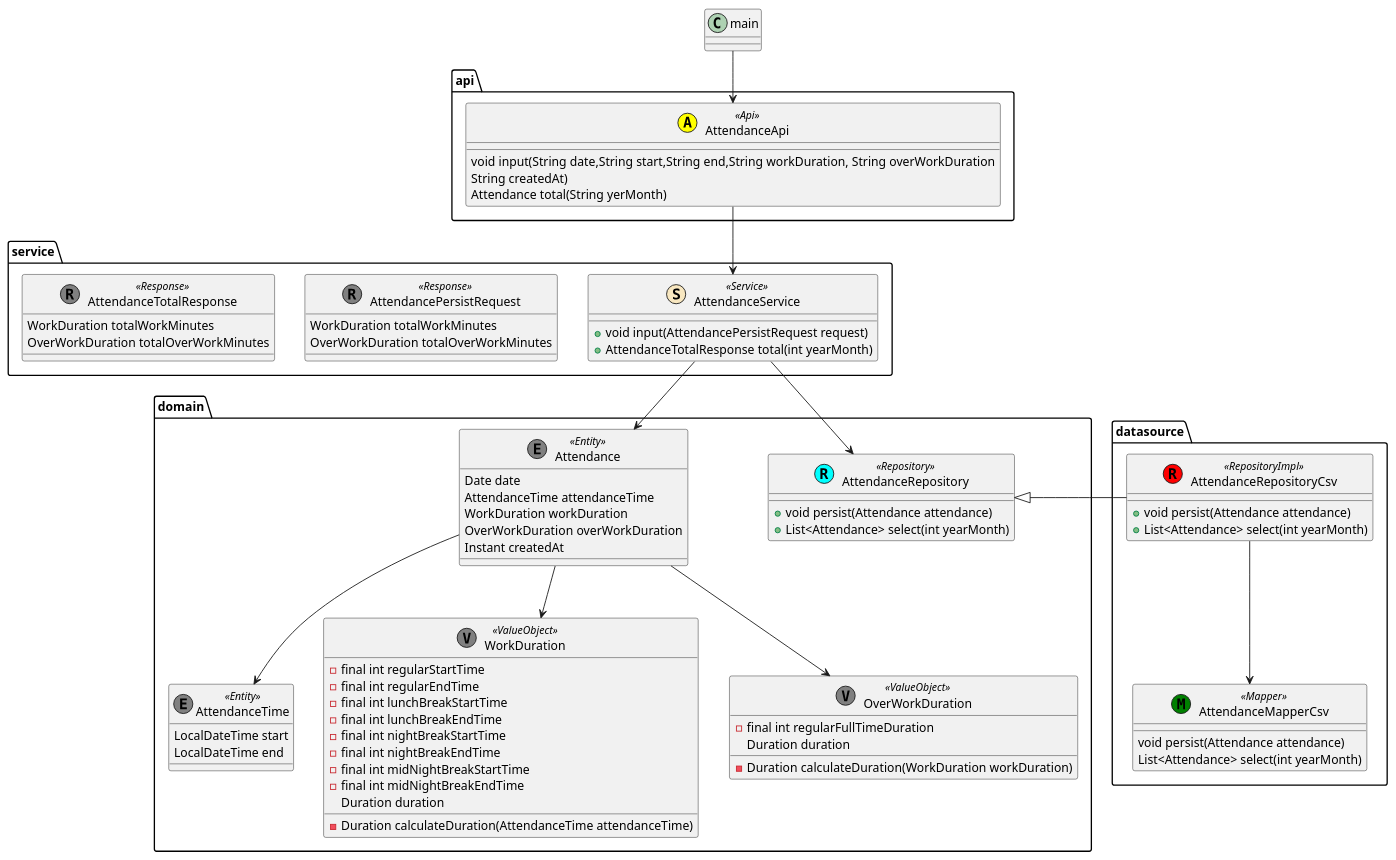
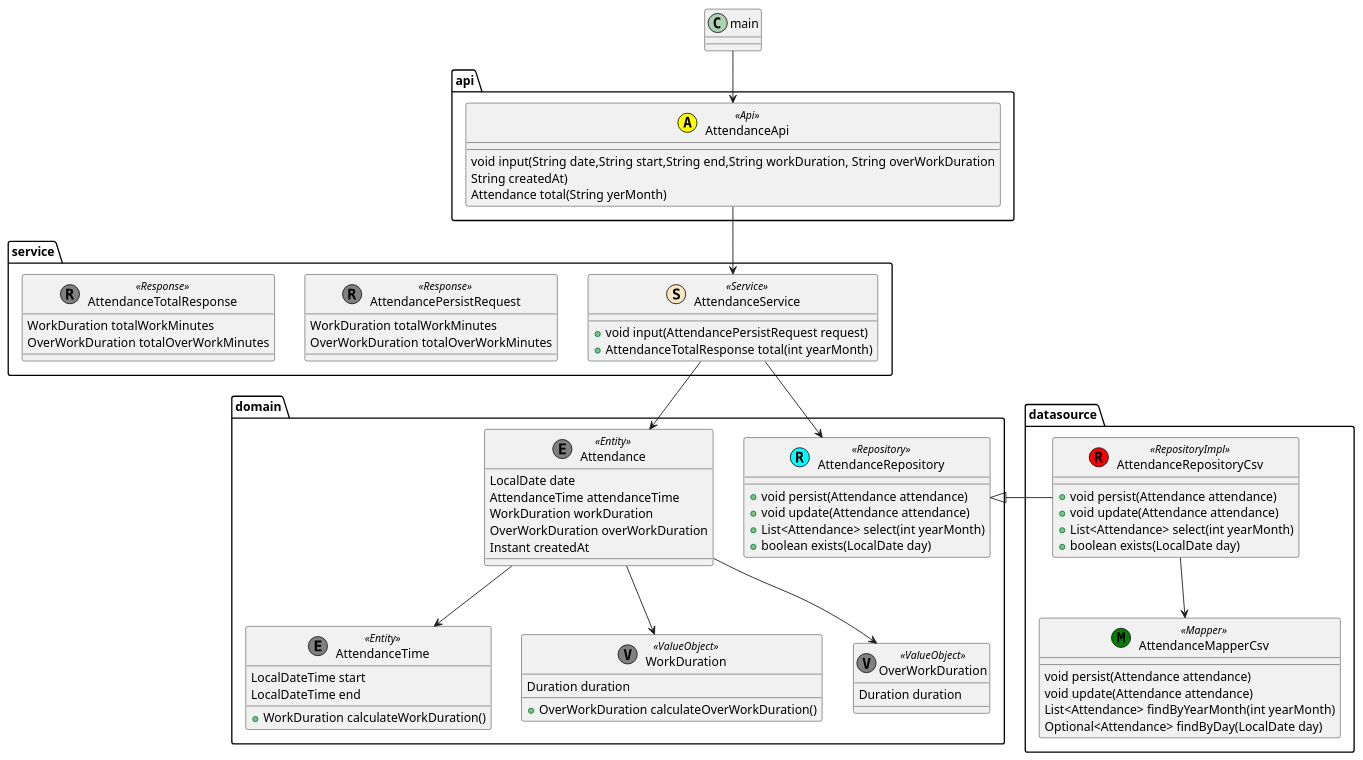
One commit to biglobe-isp/kintai changed the diagram in etc/class_diagram.puml. Above: the diagram before and after it, drawn with PlantUML.

Commit message:
クラス図修正

```diff
--- a/etc/class_diagram.puml
+++ b/etc/class_diagram.puml
@@ -1,93 +1,91 @@
 @startuml 勤怠管理クラス図
 package domain {
     class Attendance<<(E,gray) Entity>> {
-        Date date
+        LocalDate date
         AttendanceTime attendanceTime
         WorkDuration workDuration
         OverWorkDuration overWorkDuration
         Instant createdAt
     }
 
     class AttendanceTime<<(E,gray) Entity>> {
-            LocalDateTime start
-            LocalDateTime end
+        LocalDateTime start
+        LocalDateTime end
+        + WorkDuration calculateWorkDuration()
     }
 
     class WorkDuration<<(V,gray) ValueObject>> {
-        - final int regularStartTime
-        - final int regularEndTime
-        - final int lunchBreakStartTime
-        - final int lunchBreakEndTime
-        - final int nightBreakStartTime
-        - final int nightBreakEndTime
-        - final int midNightBreakStartTime
-        - final int midNightBreakEndTime
         Duration duration
-        - Duration calculateDuration(AttendanceTime attendanceTime)
+        + OverWorkDuration calculateOverWorkDuration()
      }
 
      class OverWorkDuration<<(V,gray) ValueObject>> {
-             - final int regularFullTimeDuration
-             Duration duration
-             - Duration calculateDuration(WorkDuration workDuration)
+        Duration duration
      }
 
      class AttendanceRepository<<(R,Cyan) Repository>> {
            + void persist(Attendance attendance)
+           + void update(Attendance attendance)
            + List<Attendance> select(int yearMonth)
+           + boolean exists(LocalDate day)
       }
 }
 
 package datasource {
     class AttendanceRepositoryCsv<<(R,red) RepositoryImpl>> {
         + void persist(Attendance attendance)
+        + void update(Attendance attendance)
         + List<Attendance> select(int yearMonth)
+        + boolean exists(LocalDate day)
     }
+
     class AttendanceMapperCsv<<(M,green) Mapper>> {
         void persist(Attendance attendance)
-        List<Attendance> select(int yearMonth)
+        void update(Attendance attendance)
+        List<Attendance> findByYearMonth(int yearMonth)
+        Optional<Attendance> findByDay(LocalDate day)
     }
 }
 
 package service {
     class AttendanceService<<(S,strategy) Service>> {
        + void input(AttendancePersistRequest request)
        + AttendanceTotalResponse total(int yearMonth)
     }
 
     class AttendancePersistRequest<<(R,gray) Response>> {
             WorkDuration totalWorkMinutes
             OverWorkDuration totalOverWorkMinutes
     }
 
 
     class AttendanceTotalResponse<<(R,gray) Response>> {
         WorkDuration totalWorkMinutes
         OverWorkDuration totalOverWorkMinutes
     }
 }
 
 package api {
     class AttendanceApi<<(A,yellow) Api>> {
         void input(String date,String start,String end,String workDuration, String overWorkDuration
                            String createdAt)
         Attendance total(String yerMonth)
     }
 
 }
 
 class main {
 }
 
 main --> AttendanceApi
 AttendanceApi --> AttendanceService
 AttendanceService --> Attendance
 AttendanceRepositoryCsv -left-|> AttendanceRepository
 AttendanceService --> AttendanceRepository
 Attendance --> AttendanceTime
 Attendance --> WorkDuration
 Attendance --> OverWorkDuration
 AttendanceRepositoryCsv --> AttendanceMapperCsv
 
 
 @enduml
```
